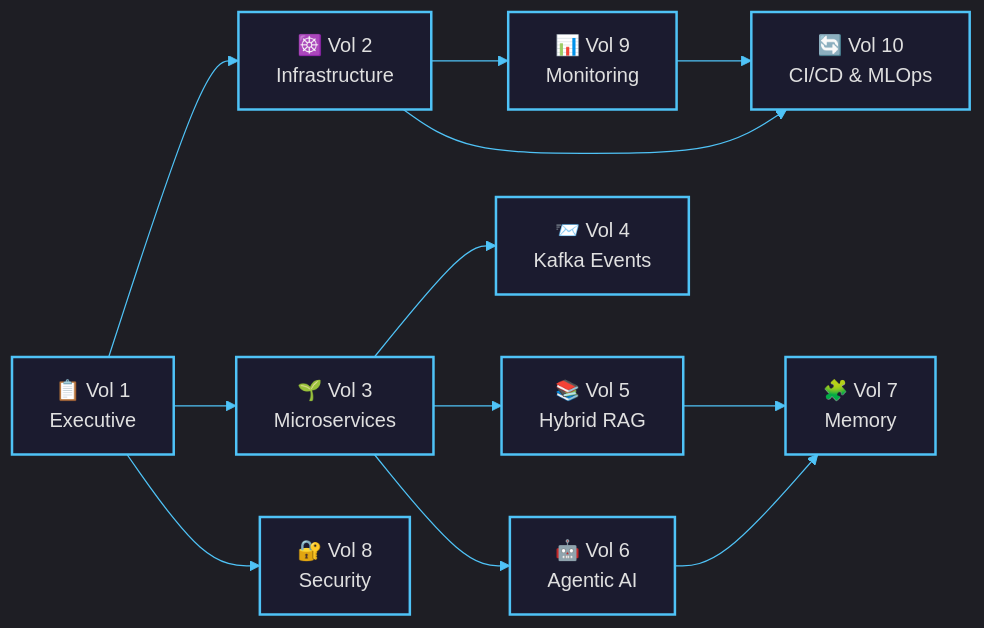
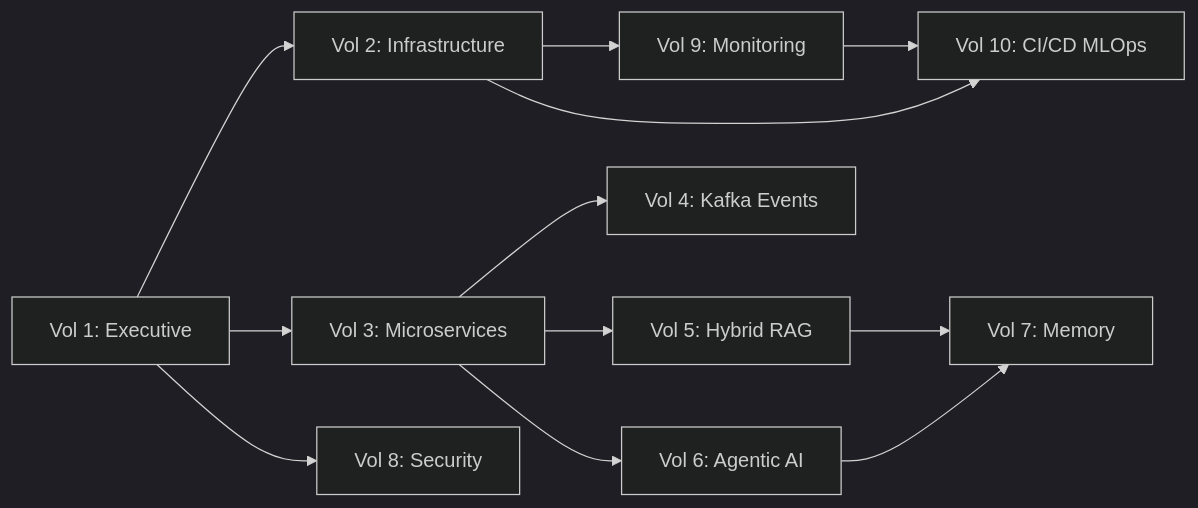
One commit to tapeshchavle/adv-RAG changed diagram 13 of 13 in readme.md. Above: the diagram before and after it, drawn with Mermaid. The commit also changed other lines of this file and 22 other files, not shown here.

````diff
--- a/readme.md
+++ b/readme.md
@@ -3357,19 +1837,15 @@
 ```mermaid
-%%{init: {'theme': 'dark', 'themeVariables': { 'primaryColor': '#1a1a2e', 'primaryTextColor': '#e0e0e0', 'primaryBorderColor': '#4fc3f7', 'lineColor': '#4fc3f7'}}}%%
-
+%%{init: {'theme': 'dark'}}%%
 flowchart LR
-    V1["📋 Vol 1<br/>Executive"] --> V2["☸️ Vol 2<br/>Infrastructure"]
-    V1 --> V3["🌱 Vol 3<br/>Microservices"]
-    V3 --> V4["📨 Vol 4<br/>Kafka Events"]
-    V3 --> V5["📚 Vol 5<br/>Hybrid RAG"]
-    V3 --> V6["🤖 Vol 6<br/>Agentic AI"]
-    V5 --> V7["🧩 Vol 7<br/>Memory"]
+    V1["Vol 1: Executive"] --> V2["Vol 2: Infrastructure"]
+    V1 --> V3["Vol 3: Microservices"]
+    V3 --> V4["Vol 4: Kafka Events"]
+    V3 --> V5["Vol 5: Hybrid RAG"]
+    V3 --> V6["Vol 6: Agentic AI"]
+    V5 --> V7["Vol 7: Memory"]
     V6 --> V7
-    V1 --> V8["🔐 Vol 8<br/>Security"]
-    V2 --> V9["📊 Vol 9<br/>Monitoring"]
-    V2 --> V10["🔄 Vol 10<br/>CI/CD & MLOps"]
+    V1 --> V8["Vol 8: Security"]
+    V2 --> V9["Vol 9: Monitoring"]
+    V2 --> V10["Vol 10: CI/CD MLOps"]
     V9 --> V10
-
-    classDef volStyle fill:#1b1b2f,stroke:#4fc3f7,stroke-width:2px,color:#e0e0e0
-    class V1,V2,V3,V4,V5,V6,V7,V8,V9,V10 volStyle
 ```
````
